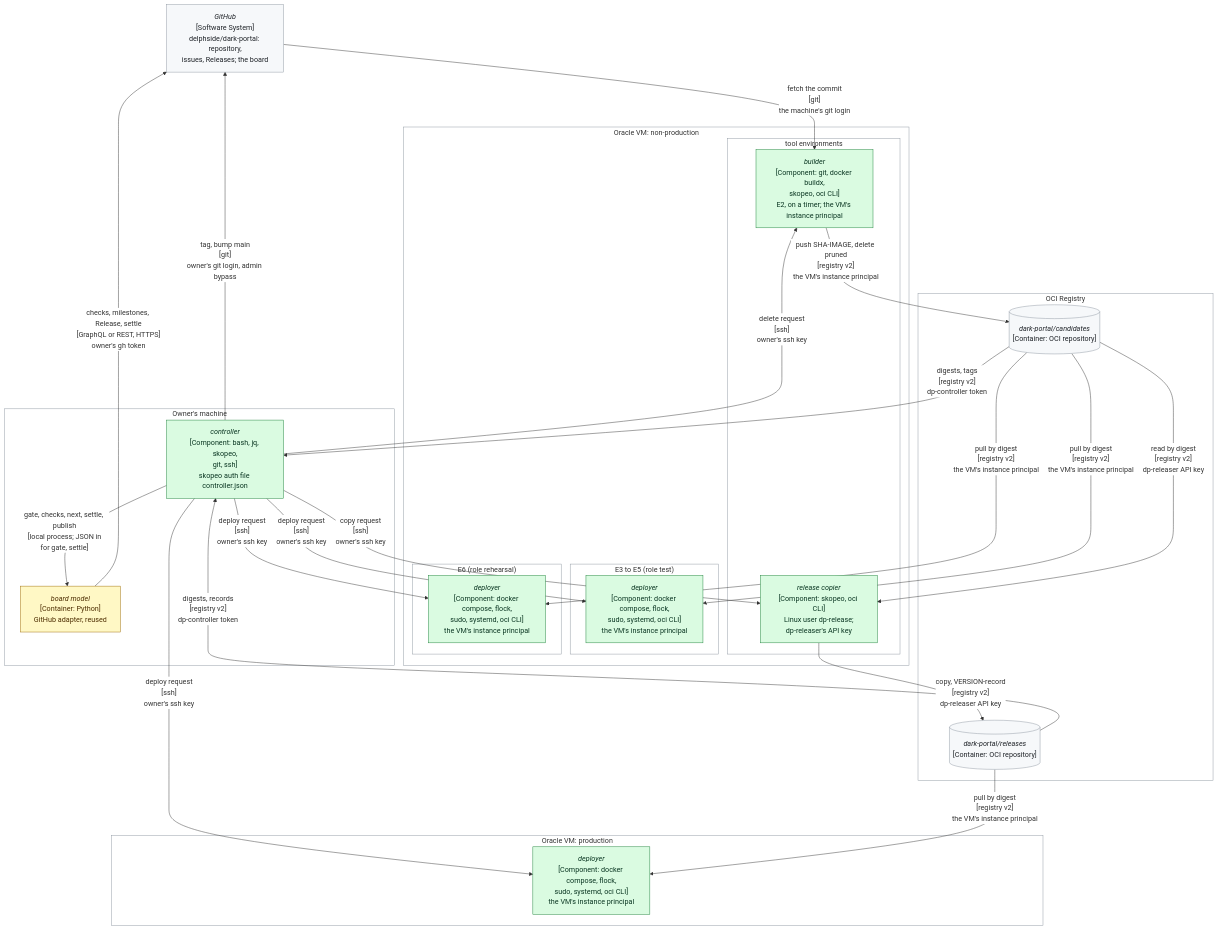
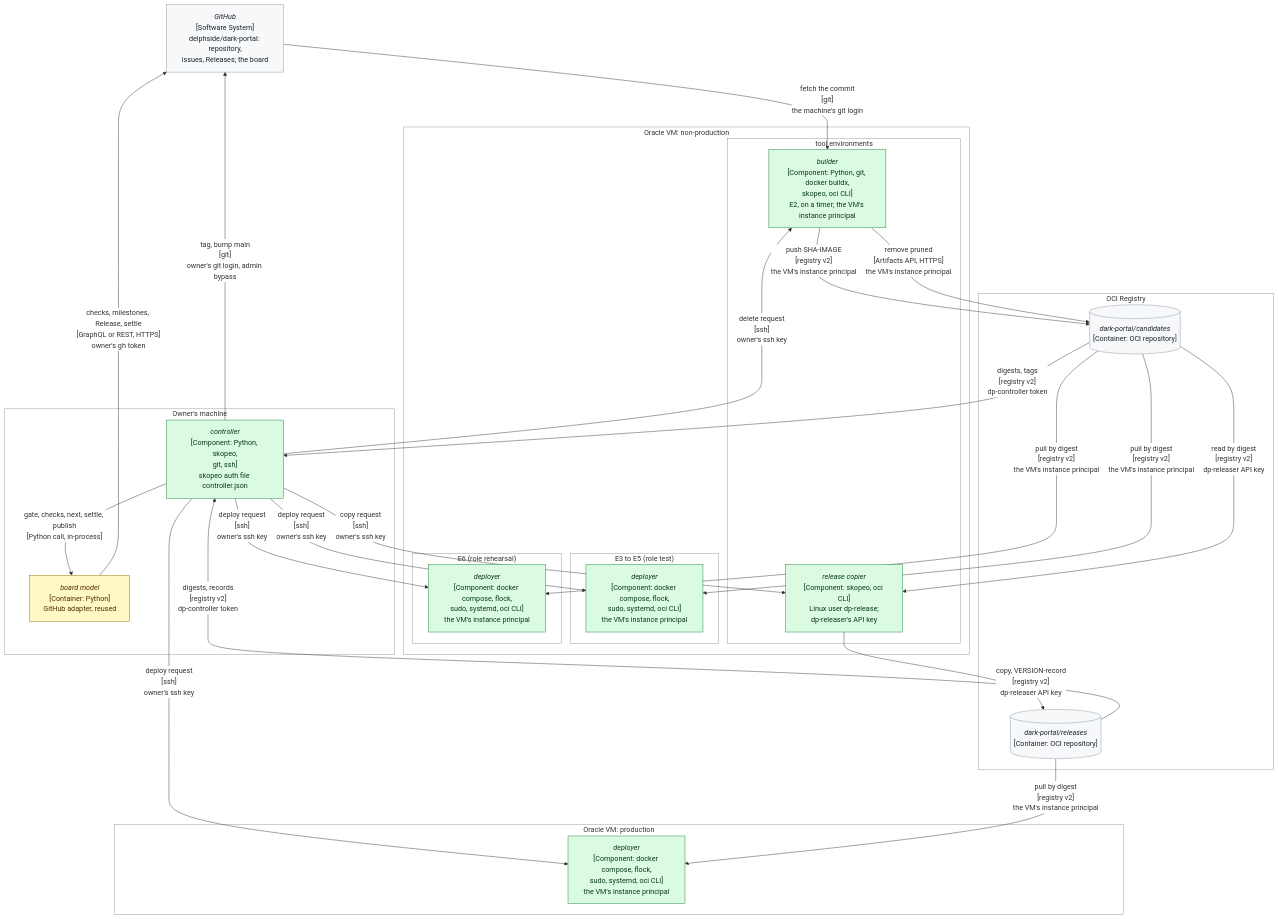
Before and after one commit to delphside/programme: the tenth of 10 diagrams in records/2.5-changes/programme-tooling/117-generic-deliver-tool/design.md, drawn with Mermaid. The commit also changed other lines of this file, not shown here.

First line of the commit message:
Change 117: Python controller and the layered OCIR adapter (draft)

````diff
--- a/records/2.5-changes/programme-tooling/117-generic-deliver-tool/design.md
+++ b/records/2.5-changes/programme-tooling/117-generic-deliver-tool/design.md
@@ -1232,51 +1421,52 @@
 ```mermaid
 %%{init: {"themeVariables": {"clusterBkg": "#ffffff", "clusterBorder": "#8c959f", "edgeLabelBackground": "#ffffff"}}}%%
 flowchart TB
   GH["<i>GitHub</i><br>[Software System]<br>delphside/dark-portal: repository,<br>issues, Releases; the board"]
   subgraph OWNER["Owner's machine"]
-    CTL["<i>controller</i><br>[Component: bash, jq, skopeo,<br>git, ssh]<br>skopeo auth file controller.json"]
+    CTL["<i>controller</i><br>[Component: Python, skopeo,<br>git, ssh]<br>skopeo auth file controller.json"]
     BM["<i>board model</i><br>[Container: Python]<br>GitHub adapter, reused"]
   end
   subgraph OCIR["OCI Registry"]
     CAND[("<i>dark-portal/candidates</i><br>[Container: OCI repository]")]
     REL[("<i>dark-portal/releases</i><br>[Container: OCI repository]")]
   end
   subgraph NONPROD["Oracle VM: non-production"]
     subgraph TOOLS["tool environments"]
-      BLD["<i>builder</i><br>[Component: git, docker buildx,<br>skopeo, oci CLI]<br>E2, on a timer; the VM's instance principal"]
+      BLD["<i>builder</i><br>[Component: Python, git, docker buildx,<br>skopeo, oci CLI]<br>E2, on a timer; the VM's instance principal"]
       COPY["<i>release copier</i><br>[Component: skopeo, oci CLI]<br>Linux user dp-release;<br>dp-releaser's API key"]
     end
     subgraph TEST["E3 to E5 (role test)"]
       DEPT["<i>deployer</i><br>[Component: docker compose, flock,<br>sudo, systemd, oci CLI]<br>the VM's instance principal"]
     end
     subgraph REH["E6 (role rehearsal)"]
       DEPR["<i>deployer</i><br>[Component: docker compose, flock,<br>sudo, systemd, oci CLI]<br>the VM's instance principal"]
     end
   end
   subgraph PRODVM["Oracle VM: production"]
     DEPX["<i>deployer</i><br>[Component: docker compose, flock,<br>sudo, systemd, oci CLI]<br>the VM's instance principal"]
   end
   GH -->|"fetch the commit<br>[git]<br>the machine's git login"| BLD
-  CTL -->|"gate, checks, next, settle, publish<br>[local process; JSON in<br>for gate, settle]"| BM
+  CTL -->|"gate, checks, next, settle, publish<br>[Python call, in-process]"| BM
   BM -->|"checks, milestones, Release, settle<br>[GraphQL or REST, HTTPS]<br>owner's gh token"| GH
   CTL -->|"tag, bump main<br>[git]<br>owner's git login, admin bypass"| GH
-  BLD -->|"push SHA-IMAGE, delete pruned<br>[registry v2]<br>the VM's instance principal"| CAND
+  BLD -->|"push SHA-IMAGE<br>[registry v2]<br>the VM's instance principal"| CAND
+  BLD -->|"remove pruned<br>[Artifacts API, HTTPS]<br>the VM's instance principal"| CAND
   CAND -->|"digests, tags<br>[registry v2]<br>dp-controller token"| CTL
   REL -->|"digests, records<br>[registry v2]<br>dp-controller token"| CTL
   CTL -->|"delete request<br>[ssh]<br>owner's ssh key"| BLD
   CTL -->|"copy request<br>[ssh]<br>owner's ssh key"| COPY
   CAND -->|"read by digest<br>[registry v2]<br>dp-releaser API key"| COPY
   COPY -->|"copy, VERSION-record<br>[registry v2]<br>dp-releaser API key"| REL
   CTL -->|"deploy request<br>[ssh]<br>owner's ssh key"| DEPT
   CTL -->|"deploy request<br>[ssh]<br>owner's ssh key"| DEPR
   CTL -->|"deploy request<br>[ssh]<br>owner's ssh key"| DEPX
   CAND -->|"pull by digest<br>[registry v2]<br>the VM's instance principal"| DEPT
   CAND -->|"pull by digest<br>[registry v2]<br>the VM's instance principal"| DEPR
   REL -->|"pull by digest<br>[registry v2]<br>the VM's instance principal"| DEPX
   classDef unchanged    fill:#f6f8fa,stroke:#8c959f,color:#1f2328
   classDef new          fill:#dafbe1,stroke:#1a7f37,color:#0a3622
   classDef changed      fill:#fff8c5,stroke:#9a6700,color:#4d2d00
   class CTL,BLD,COPY,DEPT,DEPR,DEPX new
   class BM changed
   class GH,CAND,REL unchanged
 ```
````
